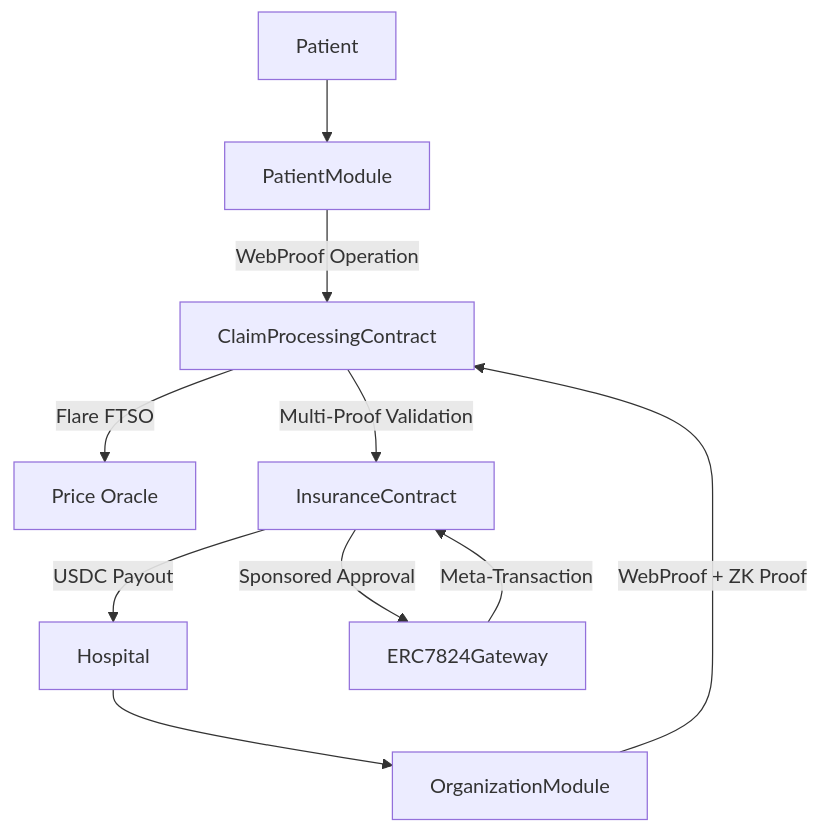
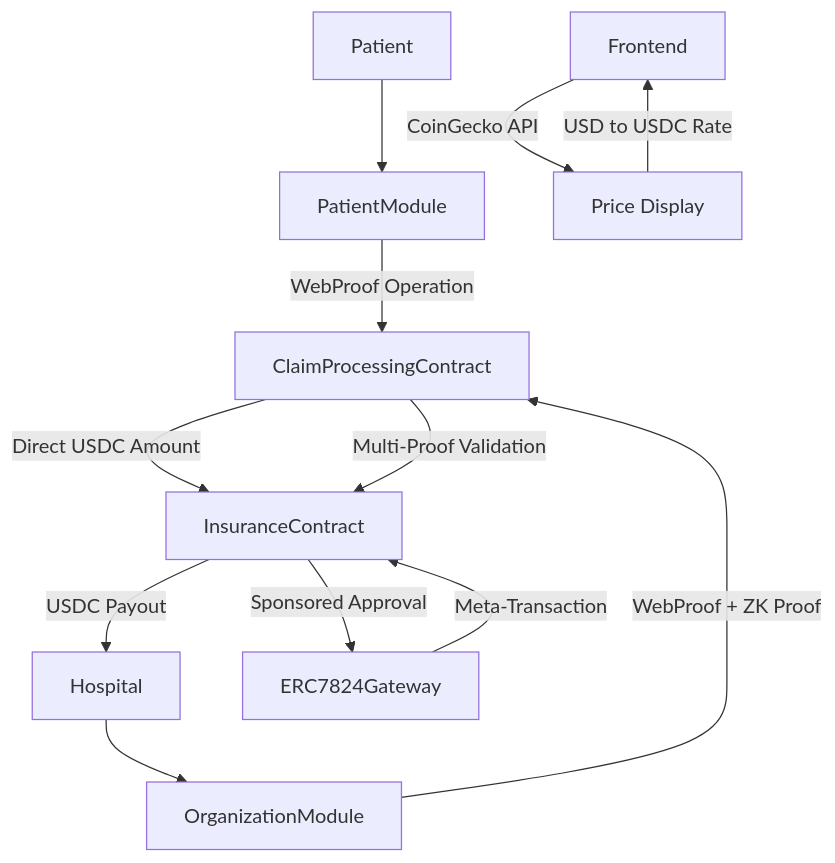
The first of 2 diagrams in memory-bank/contractsOverview.md (ppezzull/zkMed), drawn with Mermaid before and after one commit. The commit also changed other lines of this file and 408 other files, not shown here.

````diff
--- a/memory-bank/contractsOverview.md
+++ b/memory-bank/contractsOverview.md
@@ -302,12 +292,16 @@
 ```mermaid
 graph TB
     P[Patient] --> PM[PatientModule]
     PM --> |WebProof Operation| CPH[ClaimProcessingContract]
     H[Hospital] --> OM[OrganizationModule]
     OM --> |WebProof + ZK Proof| CPH
-    CPH --> |Flare FTSO| FO[Price Oracle]
-    CPH --> |Multi-Proof Validation| IC[InsuranceContract]
+    CPH --> |Direct USDC Amount| IC[InsuranceContract]
+    CPH --> |Multi-Proof Validation| IC
     IC --> |Sponsored Approval| ERC[ERC7824Gateway]
     ERC --> |Meta-Transaction| IC
     IC --> |USDC Payout| H
+    
+    %% Frontend Price Display
+    UI[Frontend] --> |CoinGecko API| PD[Price Display]
+    PD --> |USD to USDC Rate| UI
 ```
````
